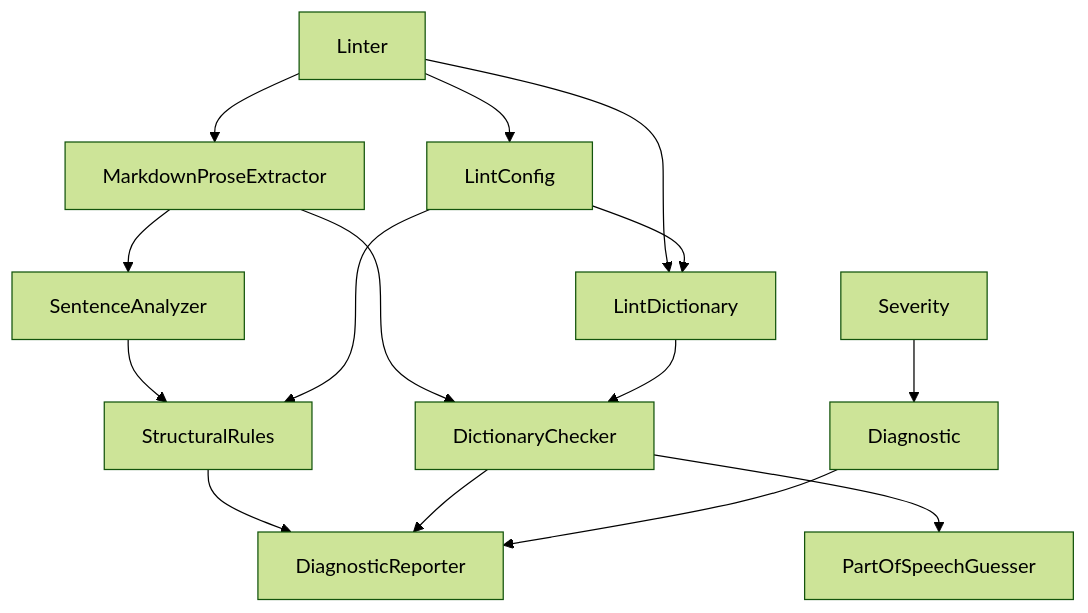
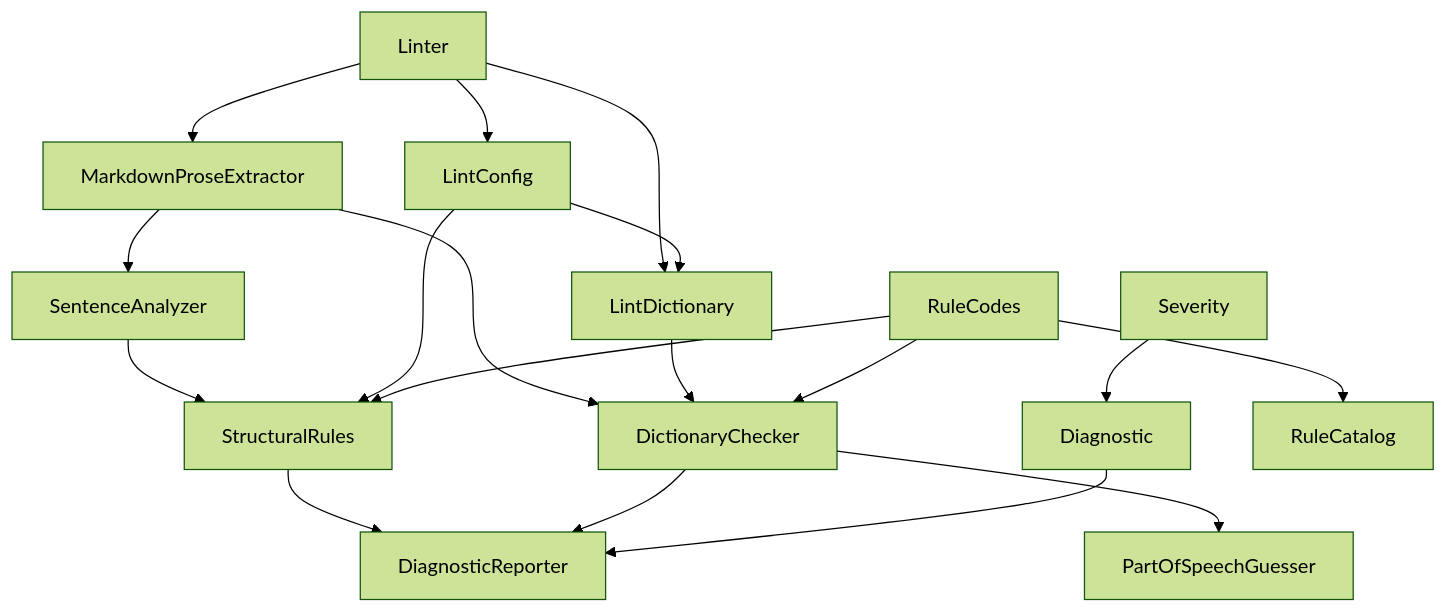
The diagram in docs/design/ste100-mark/linting.md (demaconsulting/Ste100Mark), drawn with Mermaid (forest theme) before and after one commit. The commit also changed other lines of this file and 31 other files, not shown here.

First line of the commit message:
Add --list-rules option for discovering the rule catalog (#25)

````diff
--- a/docs/design/ste100-mark/linting.md
+++ b/docs/design/ste100-mark/linting.md
@@ -69,17 +76,20 @@
 ```mermaid
 flowchart TD
     Linter --> LintConfig
     Linter --> LintDictionary
     Linter --> MarkdownProseExtractor
     MarkdownProseExtractor --> SentenceAnalyzer
     MarkdownProseExtractor --> DictionaryChecker
     SentenceAnalyzer --> StructuralRules
     LintConfig --> StructuralRules
     LintConfig --> LintDictionary
     LintDictionary --> DictionaryChecker
     DictionaryChecker --> PartOfSpeechGuesser
     StructuralRules --> DiagnosticReporter
     DictionaryChecker --> DiagnosticReporter
     Severity --> Diagnostic
     Diagnostic --> DiagnosticReporter
+    RuleCodes --> RuleCatalog
+    RuleCodes --> StructuralRules
+    RuleCodes --> DictionaryChecker
 ```
````
